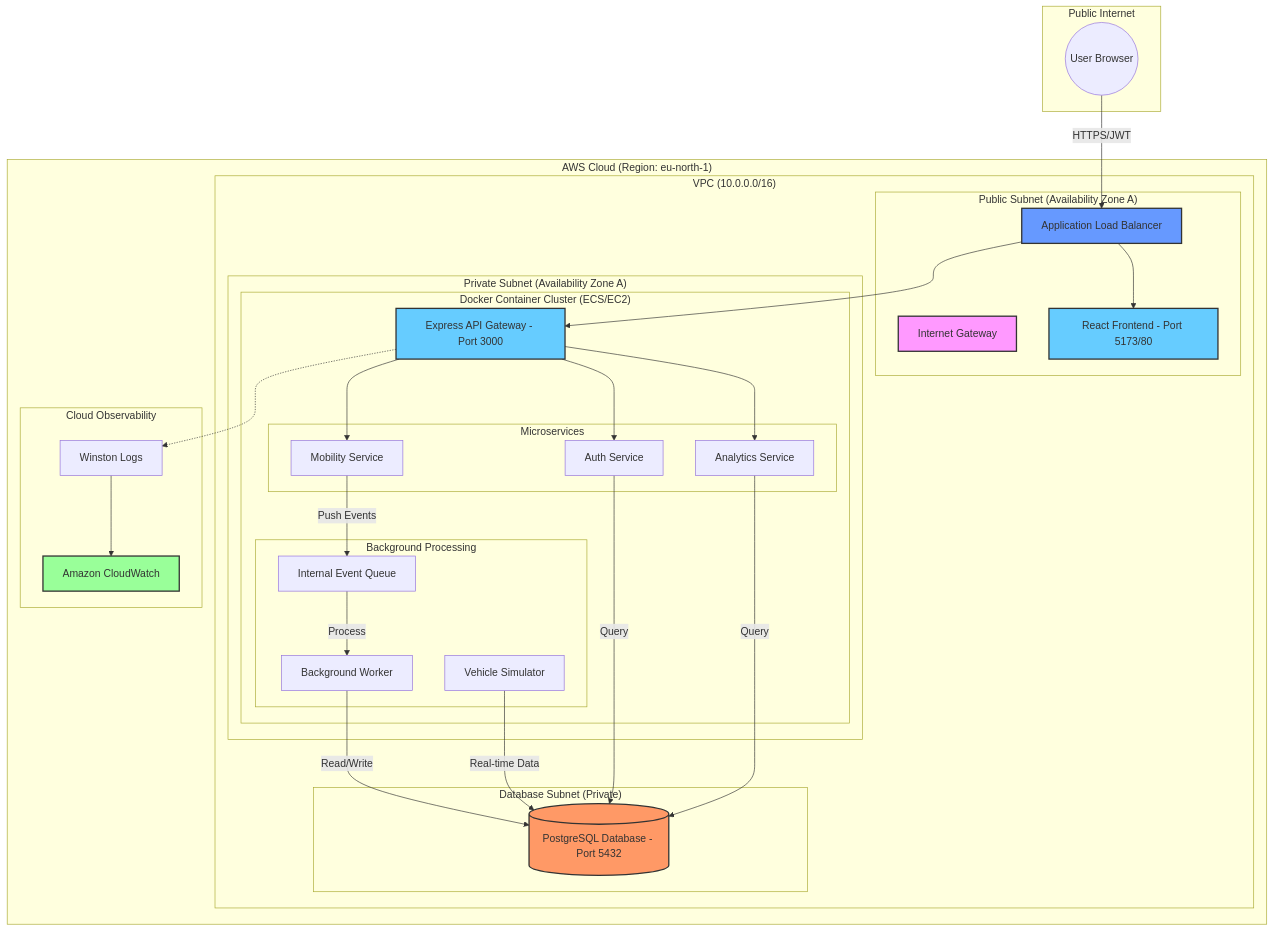
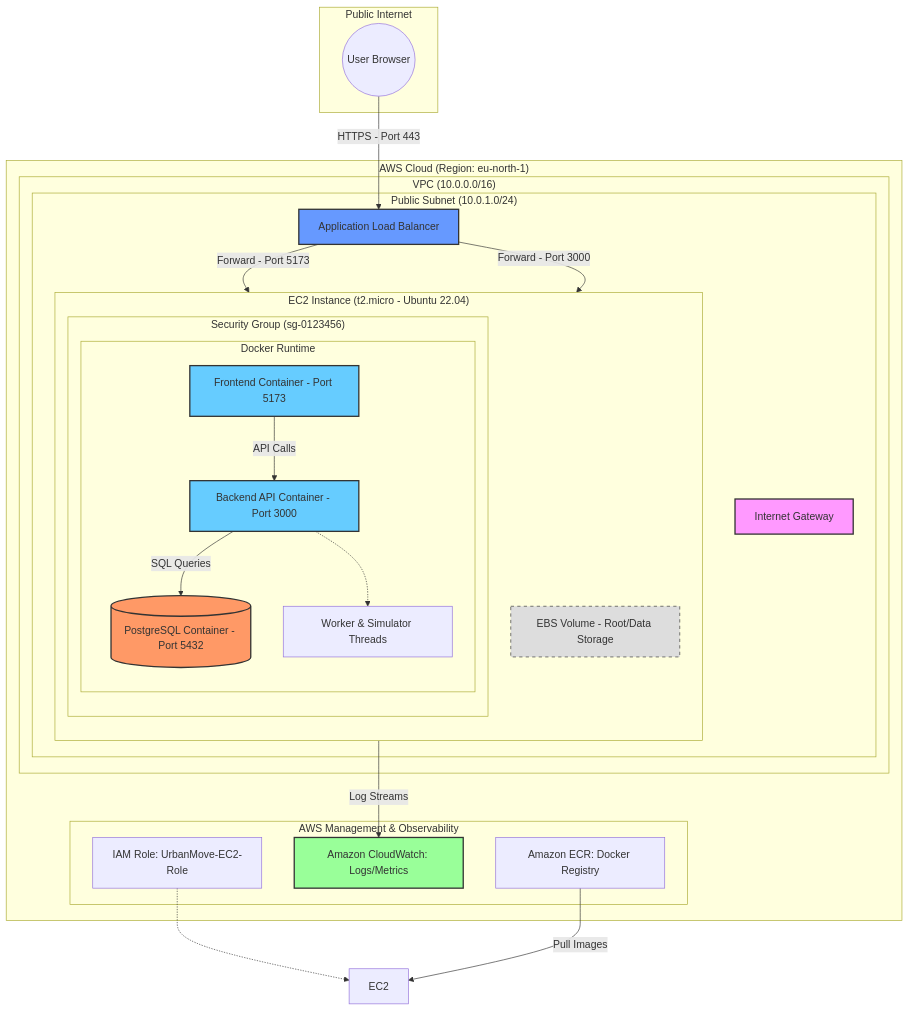
One commit to rishisportsit/urbanmove changed the diagram in urbanmove/README.md. Above: the diagram before and after it, drawn with Mermaid. The commit also changed other lines of this file, not shown here.

Commit message:
commit - readme

````diff
--- a/urbanmove/README.md
+++ b/urbanmove/README.md
@@ -18,60 +18,54 @@
 ```mermaid
 graph TB
     subgraph "Public Internet"
         User((User Browser))
     end
 
     subgraph "AWS Cloud (Region: eu-north-1)"
         subgraph "VPC (10.0.0.0/16)"
-            subgraph "Public Subnet (Availability Zone A)"
+            subgraph "Public Subnet (10.0.1.0/24)"
                 IGW[Internet Gateway]
                 ALB[Application Load Balancer]
-                Front[React Frontend - Port 5173/80]
-            end
-
-            subgraph "Private Subnet (Availability Zone A)"
-                subgraph "Docker Container Cluster (ECS/EC2)"
-                    API[Express API Gateway - Port 3000]
-                    subgraph "Microservices"
-                        Auth[Auth Service]
-                        Mobility[Mobility Service]
-                        Analytics[Analytics Service]
+                
+                subgraph "EC2 Instance (t2.micro - Ubuntu 22.04)"
+                    direction TB
+                    subgraph "Security Group (sg-0123456)"
+                        subgraph "Docker Runtime"
+                            Front[Frontend Container - Port 5173]
+                            Back[Backend API Container - Port 3000]
+                            DB[(PostgreSQL Container - Port 5432)]
+                            Worker[Worker & Simulator Threads]
+                        end
                     end
-                    subgraph "Background Processing"
-                        Queue[Internal Event Queue]
-                        Worker[Background Worker]
-                        Sim[Vehicle Simulator]
-                    end
+                    EBS[EBS Volume - Root/Data Storage]
                 end
-            end
-
-            subgraph "Database Subnet (Private)"
-                DB[(PostgreSQL Database - Port 5432)]
             end
         end
 
-        subgraph "Cloud Observability"
-            Logs[Winston Logs] --> CW[Amazon CloudWatch]
+        subgraph "AWS Management & Observability"
+            IAM[IAM Role: UrbanMove-EC2-Role]
+            CW[Amazon CloudWatch: Logs/Metrics]
+            ECR[Amazon ECR: Docker Registry]
         end
     end
 
     %% Communication Flows
-    User -->|HTTPS/JWT| ALB
-    ALB --> Front
-    ALB --> API
-    API --> Auth & Mobility & Analytics
-    Mobility -->|Push Events| Queue
-    Queue -->|Process| Worker
-    Worker -->|Read/Write| DB
-    Sim -->|Real-time Data| DB
-    Auth & Analytics -->|Query| DB
-    API -.-> Logs
+    User -->|HTTPS - Port 443| ALB
+    ALB -->|Forward - Port 5173| Front
+    ALB -->|Forward - Port 3000| Back
+    Front -->|API Calls| Back
+    Back -->|SQL Queries| DB
+    Back -->|Log Streams| CW
+    Back -.-> Worker
+    IAM -.-> EC2
+    ECR -->|Pull Images| EC2
 
     %% Styling
     style IGW fill:#f9f,stroke:#333,stroke-width:2px
     style ALB fill:#69f,stroke:#333,stroke-width:2px
     style DB fill:#f96,stroke:#333,stroke-width:2px
     style CW fill:#9f9,stroke:#333,stroke-width:2px
     style Front fill:#6cf,stroke:#333,stroke-width:2px
-    style API fill:#6cf,stroke:#333,stroke-width:2px
+    style Back fill:#6cf,stroke:#333,stroke-width:2px
+    style EBS fill:#ddd,stroke:#333,stroke-dasharray: 5 5
 ```
````
